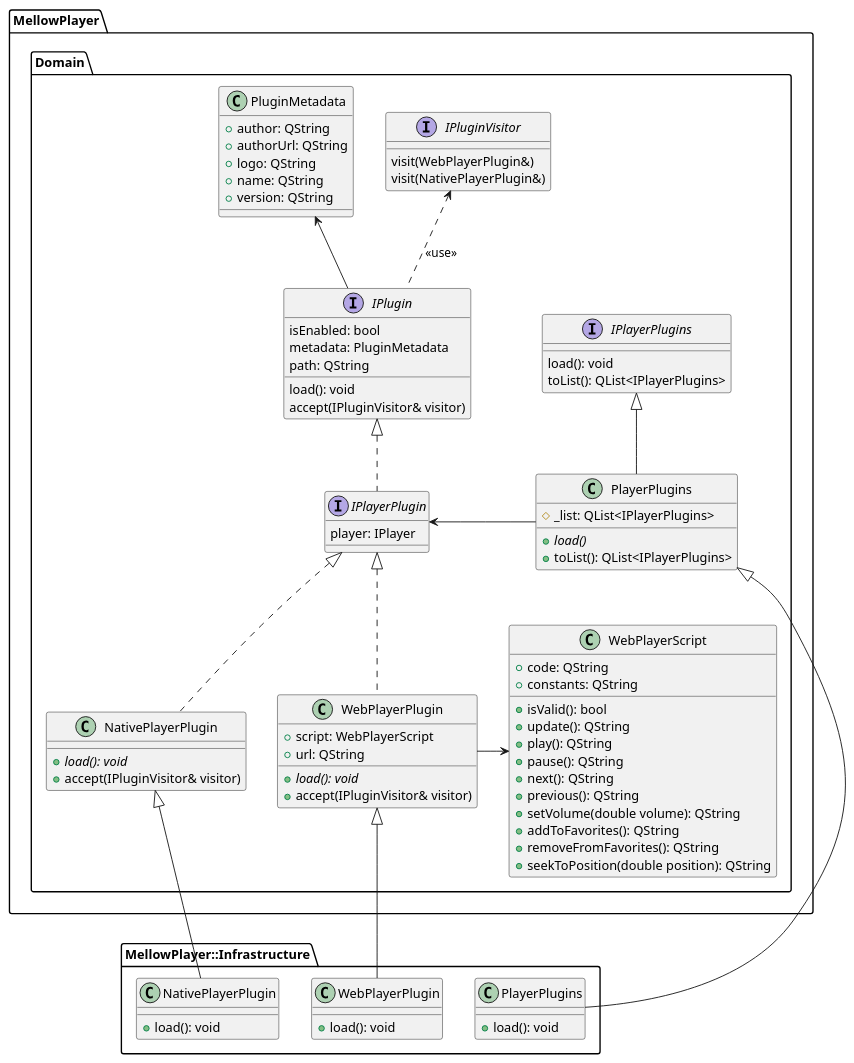
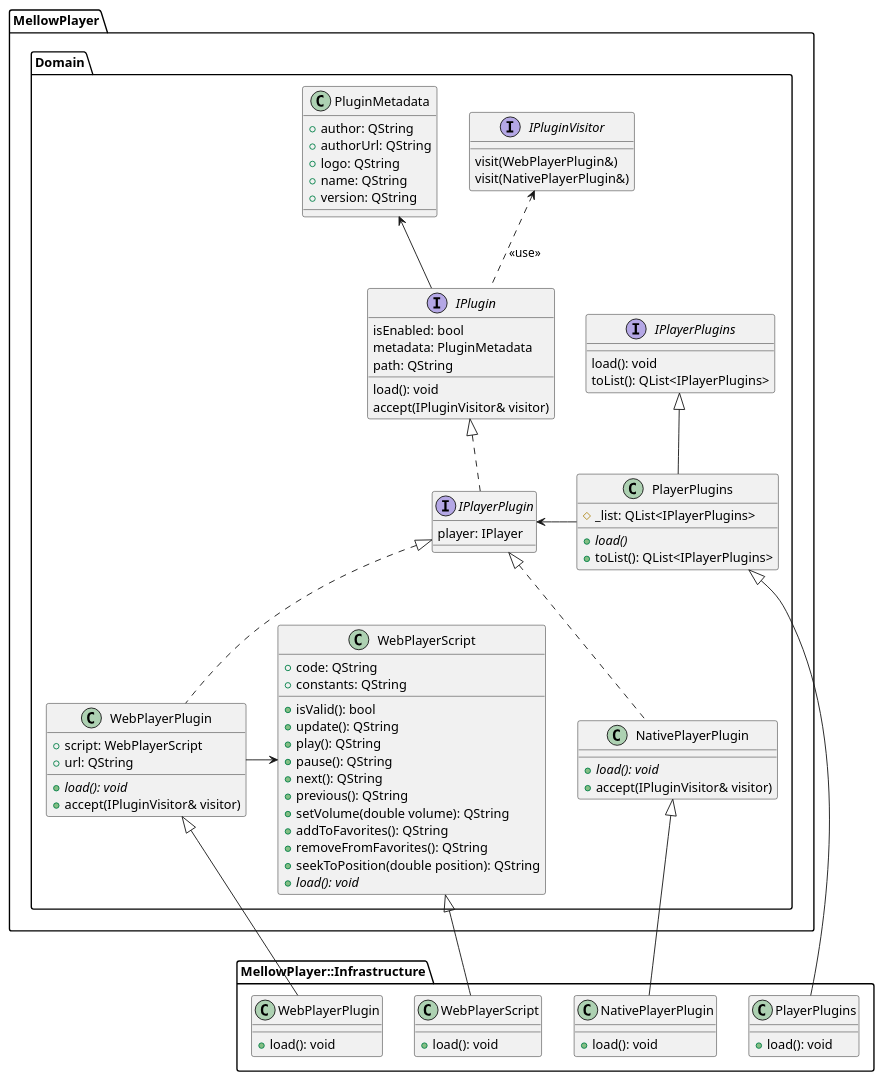
The diagram in docs/developers/PlantUml/version4/Plugins.puml (ColinDuquesnoy/MellowPlayer), drawn with PlantUML before and after one commit. The commit also changed 60 other files, not shown here.

```diff
--- a/docs/developers/PlantUml/version4/Plugins.puml
+++ b/docs/developers/PlantUml/version4/Plugins.puml
@@ -1,94 +1,100 @@
 @startuml
 
 namespace MellowPlayer.Domain {
     interface IPluginVisitor {
         visit(WebPlayerPlugin&)
         visit(NativePlayerPlugin&)
     }
 
     interface IPlayerPlugins {
         load(): void
         toList(): QList<IPlayerPlugins>
     }
 
     class PlayerPlugins {
         # _list: QList<IPlayerPlugins>
         + {abstract} load()
         + toList(): QList<IPlayerPlugins>
     }
     IPlayerPlugins <|-- PlayerPlugins
     PlayerPlugins -> IPlayerPlugin
 
     class PluginMetadata {
         + author: QString
         + authorUrl: QString
         + logo: QString
         + name: QString
         + version: QString
     }
 
     interface IPlugin {
         isEnabled: bool
         metadata: PluginMetadata
         path: QString
         load(): void
         accept(IPluginVisitor& visitor)
     }
     IPlugin -up-> PluginMetadata
     IPlugin .up.> IPluginVisitor: <<use>>
 
     interface IPlayerPlugin {
         player: IPlayer
     }
     IPlugin <|.. IPlayerPlugin
 
     class WebPlayerPlugin {
         + {abstract} load(): void
         + script: WebPlayerScript
         + url: QString
         + accept(IPluginVisitor& visitor)
 
     }
     IPlayerPlugin <|.. WebPlayerPlugin
 
     class WebPlayerScript {
         + code: QString
         + constants: QString
         + isValid(): bool
         + update(): QString
         + play(): QString
         + pause(): QString
         + next(): QString
         + previous(): QString
         + setVolume(double volume): QString
         + addToFavorites(): QString
         + removeFromFavorites(): QString
         + seekToPosition(double position): QString
+        + {abstract} load(): void
     }
     WebPlayerPlugin -right-> WebPlayerScript
 
     class NativePlayerPlugin {
         + {abstract} load(): void
         + accept(IPluginVisitor& visitor)
     }
     IPlayerPlugin <|.. NativePlayerPlugin
 }
 
 namespace MellowPlayer::Infrastructure {
     class PlayerPlugins {
         + load(): void
     }
     MellowPlayer.Domain.PlayerPlugins <|-- PlayerPlugins
 
     class WebPlayerPlugin {
         + load(): void
     }
     MellowPlayer.Domain.WebPlayerPlugin <|-- WebPlayerPlugin
 
     class NativePlayerPlugin {
         + load(): void
     }
     MellowPlayer.Domain.NativePlayerPlugin <|-- NativePlayerPlugin
+
+    class WebPlayerScript {
+        + load(): void
+    }
+    MellowPlayer.Domain.WebPlayerScript <|-- WebPlayerScript
 }
 
 @enduml
```
